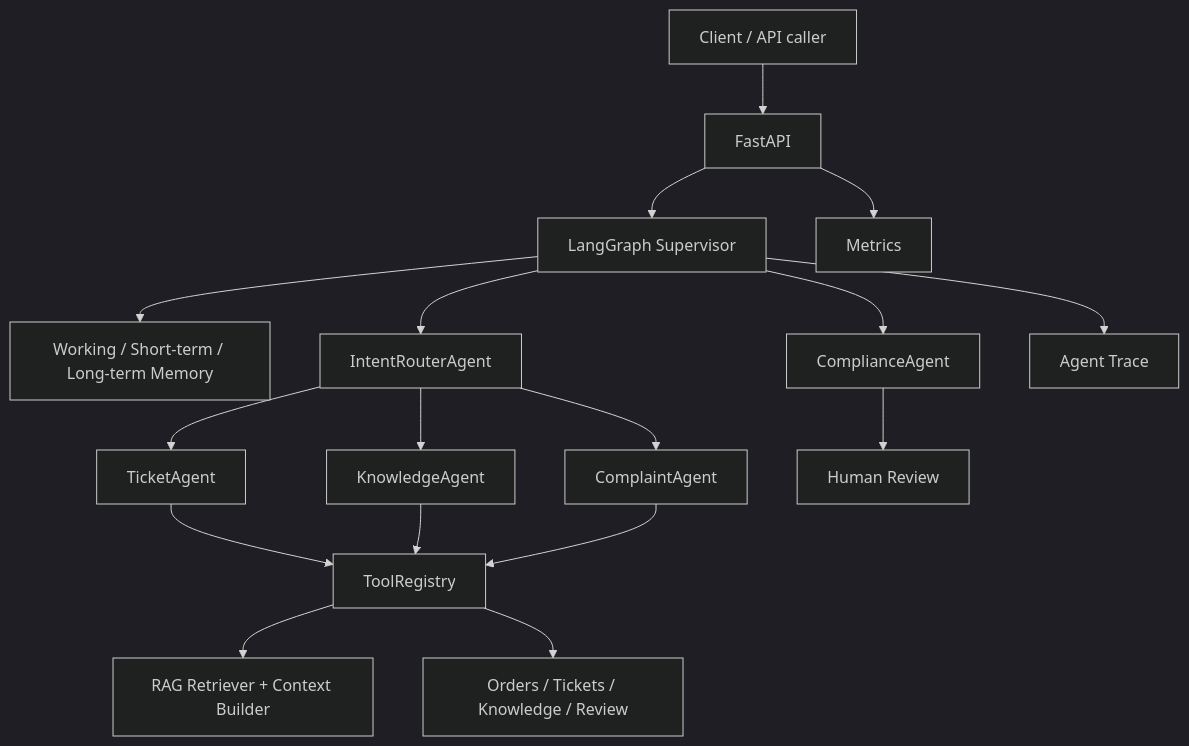
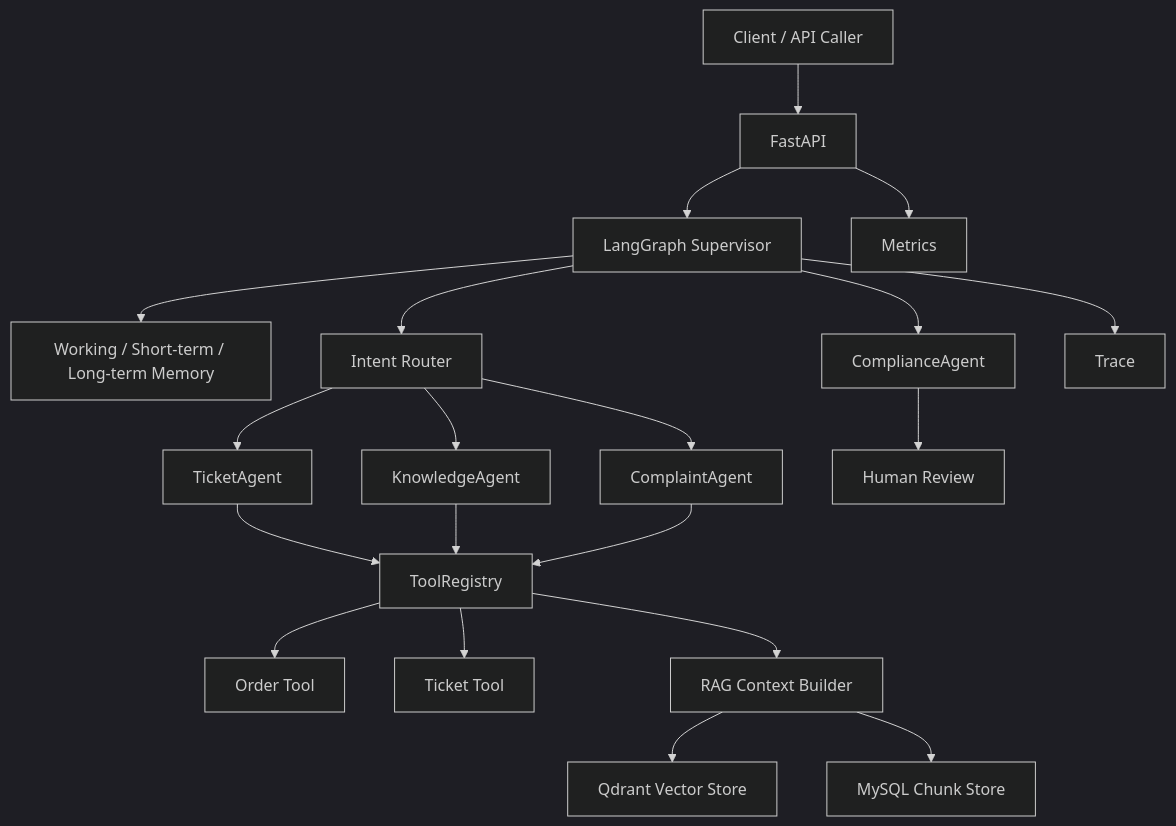
Before and after one commit to casual111111/smart_cs: the diagram in README.md, drawn with Mermaid (dark theme). The commit also changed other lines of this file and 8 other files, not shown here.

````diff
--- a/README.md
+++ b/README.md
@@ -28,19 +28,22 @@
 ```mermaid
 flowchart TD
-    Client[Client / API caller] --> API[FastAPI]
+    Client[Client / API Caller] --> API[FastAPI]
     API --> Supervisor[LangGraph Supervisor]
     Supervisor --> Memory[Working / Short-term / Long-term Memory]
-    Supervisor --> Router[IntentRouterAgent]
+    Supervisor --> Router[Intent Router]
     Router --> Ticket[TicketAgent]
     Router --> Knowledge[KnowledgeAgent]
     Router --> Complaint[ComplaintAgent]
     Ticket --> Tools[ToolRegistry]
     Knowledge --> Tools
     Complaint --> Tools
-    Tools --> RAG[RAG Retriever + Context Builder]
-    Tools --> Business[Orders / Tickets / Knowledge / Review]
+    Tools --> Orders[Order Tool]
+    Tools --> Tickets[Ticket Tool]
+    Tools --> RAG[RAG Context Builder]
+    RAG --> Qdrant[Qdrant Vector Store]
+    RAG --> MySQL[MySQL Chunk Store]
     Supervisor --> Compliance[ComplianceAgent]
     Compliance --> Review[Human Review]
-    Supervisor --> Trace[Agent Trace]
+    Supervisor --> Trace[Trace]
     API --> Metrics[Metrics]
 ```
````
